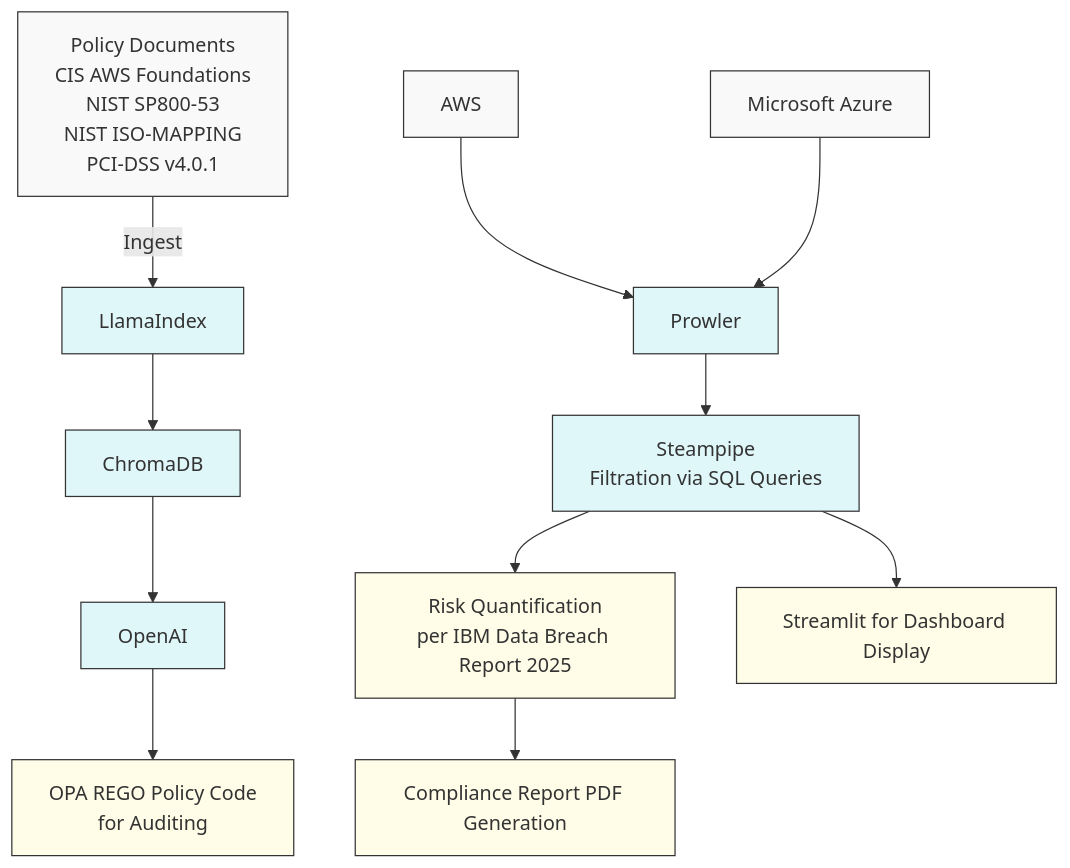
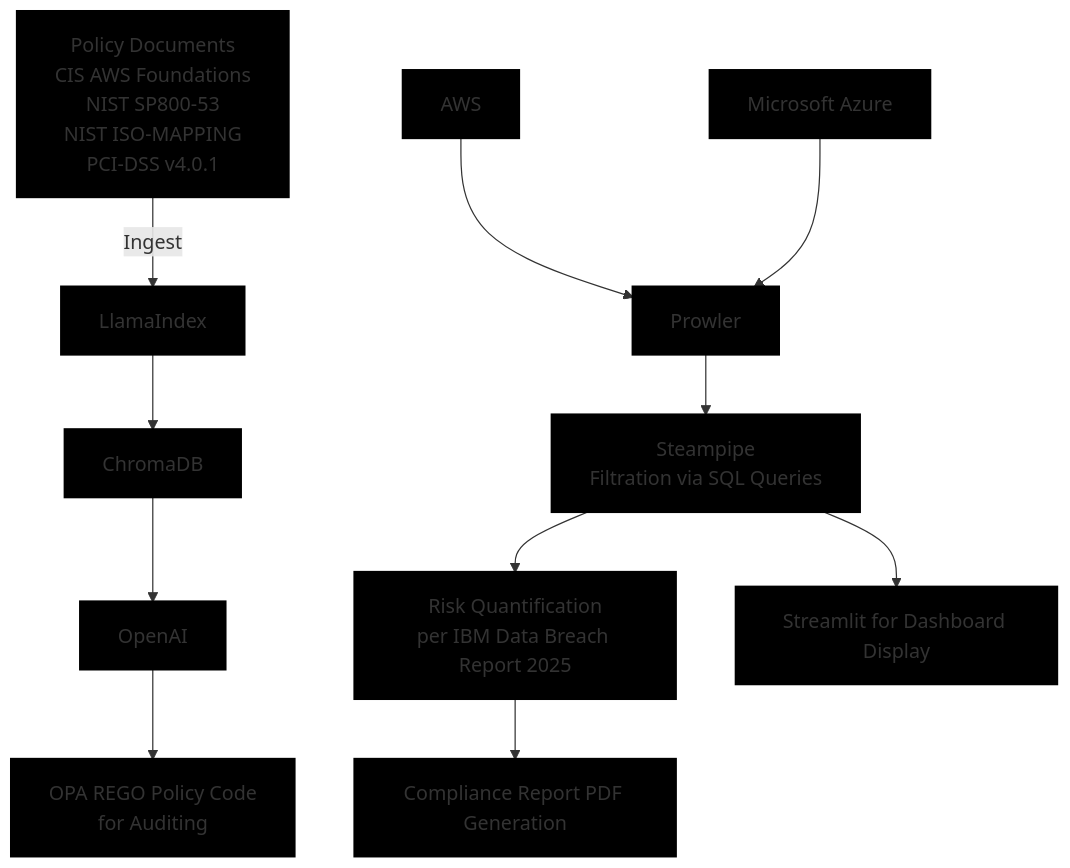
One commit to devjoshi2005/Grc-Compliance-Engine changed the diagram in README.md. Above: the diagram before and after it, drawn with Mermaid.

````diff
--- a/README.md
+++ b/README.md
@@ -6,26 +6,26 @@
 ```mermaid
 graph TD
     A[Policy Documents<br>CIS AWS Foundations<br>NIST SP800-53<br>NIST ISO-MAPPING<br>PCI-DSS v4.0.1] -->|Ingest| B[LlamaIndex]
     C[AWS] --> D[Prowler]
     E[Microsoft Azure] --> D
     B --> F[ChromaDB]
     F --> G[OpenAI]
     D --> H[Steampipe<br>Filtration via SQL Queries]
     G --> I[OPA REGO Policy Code<br>for Auditing]
     H --> J[Risk Quantification<br>per IBM Data Breach Report 2025]
     J --> K[Compliance Report PDF Generation]
     H --> L[Streamlit for Dashboard Display]
 
-    style A fill:#f9f9f9,stroke:#333
-    style C fill:#f9f9f9,stroke:#333
-    style E fill:#f9f9f9,stroke:#333
-    style B fill:#e0f7fa,stroke:#333
-    style D fill:#e0f7fa,stroke:#333
-    style F fill:#e0f7fa,stroke:#333
-    style G fill:#e0f7fa,stroke:#333
-    style H fill:#e0f7fa,stroke:#333
-    style I fill:#fffde7,stroke:#333
-    style J fill:#fffde7,stroke:#333
-    style K fill:#fffde7,stroke:#333
-    style L fill:#fffde7,stroke:#333
+    style A fill:#000000,stroke:#000,stroke-width:3px
+style C fill:#000000,stroke:#000,stroke-width:3px
+style E fill:#000000,stroke:#000,stroke-width:3px
+style B fill:#000000,stroke:#000,stroke-width:3px
+style D fill:#000000,stroke:#000,stroke-width:3px
+style F fill:#000000,stroke:#000,stroke-width:3px
+style G fill:#000000,stroke:#000,stroke-width:3px
+style H fill:#000000,stroke:#000,stroke-width:3px
+style I fill:#000000,stroke:#000,stroke-width:3px
+style J fill:#000000,stroke:#000,stroke-width:3px
+style K fill:#000000,stroke:#000,stroke-width:3px
+style L fill:#000000,stroke:#000,stroke-width:3px   
 ```
````
